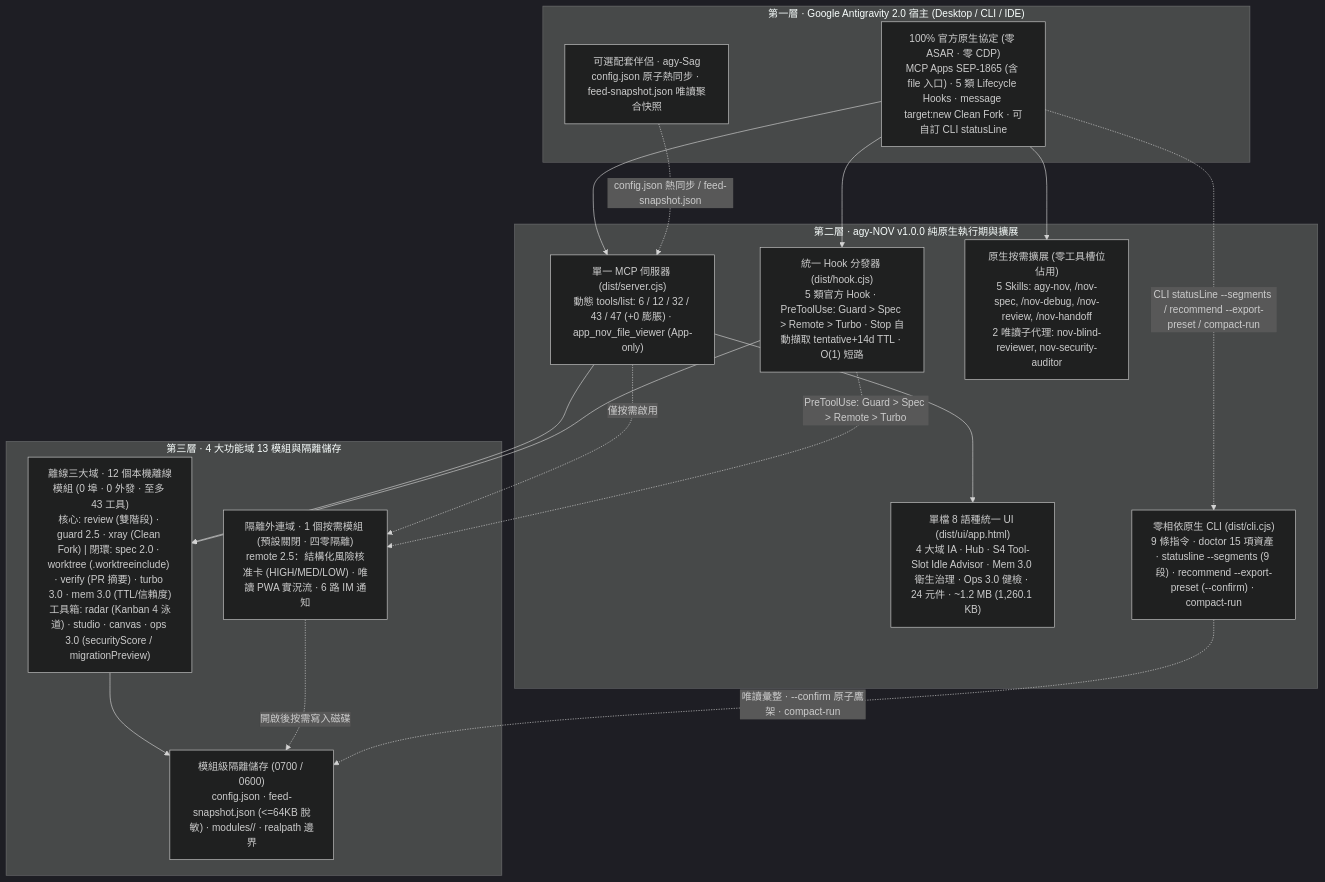
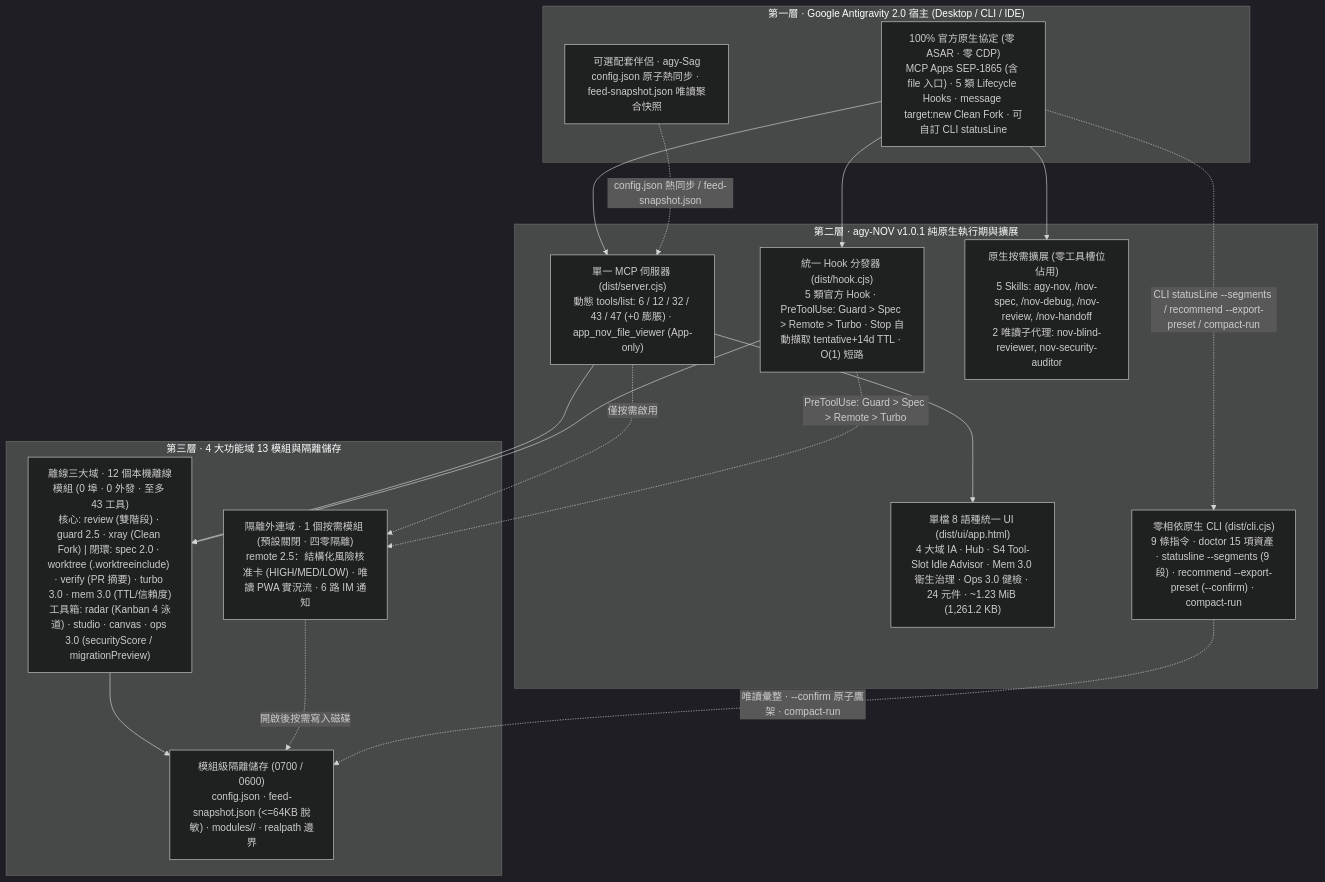
Before and after one commit to tone-leh/agy-NOV: the diagram in docs/i18n/README.zh-TW.md, drawn with Mermaid (dark theme). The commit also changed other lines of this file and 69 other files, not shown here.

````diff
--- a/docs/i18n/README.zh-TW.md
+++ b/docs/i18n/README.zh-TW.md
@@ -235,35 +239,35 @@
 ```mermaid
 flowchart TB
   subgraph L1["第一層 · Google Antigravity 2.0 宿主 (Desktop / CLI / IDE)"]
     Host["100% 官方原生協定 (零 ASAR · 零 CDP)\nMCP Apps SEP-1865 (含 file 入口) · 5 類 Lifecycle Hooks · message target:new Clean Fork · 可自訂 CLI statusLine"]
     Sag["可選配套伴侶 · agy-Sag\nconfig.json 原子熱同步 · feed-snapshot.json 唯讀聚合快照"]
   end
 
-  subgraph L2["第二層 · agy-NOV v1.0.0 純原生執行期與擴展"]
+  subgraph L2["第二層 · agy-NOV v1.0.1 純原生執行期與擴展"]
     MCP["單一 MCP 伺服器 (dist/server.cjs)\n動態 tools/list: 6 / 12 / 32 / 43 / 47 (+0 膨脹) · app_nov_file_viewer (App-only)"]
     Hook["統一 Hook 分發器 (dist/hook.cjs)\n5 類官方 Hook · PreToolUse: Guard > Spec > Remote > Turbo · Stop 自動擷取 tentative+14d TTL · O(1) 短路"]
-    UI["單檔 8 語種統一 UI (dist/ui/app.html)\n4 大域 IA · Hub · S4 Tool-Slot Idle Advisor · Mem 3.0 衛生治理 · Ops 3.0 健檢 · 24 元件 · ~1.2 MB (1,260.1 KB)"]
+    UI["單檔 8 語種統一 UI (dist/ui/app.html)\n4 大域 IA · Hub · S4 Tool-Slot Idle Advisor · Mem 3.0 衛生治理 · Ops 3.0 健檢 · 24 元件 · ~1.23 MiB (1,261.2 KB)"]
     Ext["原生按需擴展 (零工具槽位佔用)\n5 Skills: agy-nov, /nov-spec, /nov-debug, /nov-review, /nov-handoff\n2 唯讀子代理: nov-blind-reviewer, nov-security-auditor"]
     CLI["零相依原生 CLI (dist/cli.cjs)\n9 條指令 · doctor 15 項資產 · statusline --segments (9 段) · recommend --export-preset (--confirm) · compact-run"]
   end
 
   subgraph L3["第三層 · 4 大功能域 13 模組與隔離儲存"]
     T1["離線三大域 · 12 個本機離線模組 (0 埠 · 0 外發 · 至多 43 工具)\n核心: review (雙階段) · guard 2.5 · xray (Clean Fork) | 閉環: spec 2.0 · worktree (.worktreeinclude) · verify (PR 摘要) · turbo 3.0 · mem 3.0 (TTL/信賴度)\n工具箱: radar (Kanban 4 泳道) · studio · canvas · ops 3.0 (securityScore / migrationPreview)"]
     T2R["隔離外連域 · 1 個按需模組 (預設關閉 · 四零隔離)\nremote 2.5：結構化風險核准卡 (HIGH/MED/LOW) · 唯讀 PWA 實況流 · 6 路 IM 通知"]
     Store["模組級隔離儲存 (0700 / 0600)\nconfig.json · feed-snapshot.json (<=64KB 脫敏) · modules/<id>/ · realpath 邊界"]
   end
 
   Host --> MCP
   Host --> Hook
   Host --> Ext
   Host -. "CLI statusLine --segments / recommend --export-preset / compact-run" .-> CLI
   Sag -. "config.json 熱同步 / feed-snapshot.json" .-> MCP
   MCP --> UI
   MCP --> T1
   MCP -. "僅按需啟用" .-> T2R
   Hook --> T1
   Hook -. "PreToolUse: Guard > Spec > Remote > Turbo" .-> T2R
   T1 --> Store
   T2R -. "開啟後按需寫入磁碟" .-> Store
   CLI -. "唯讀彙整 · --confirm 原子鷹架 · compact-run" .-> Store
 ```
````
